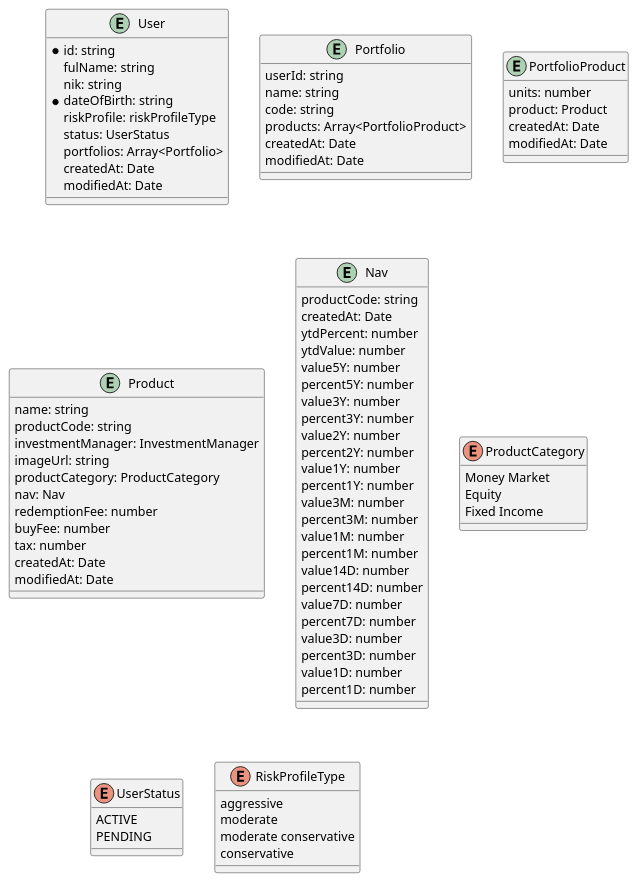
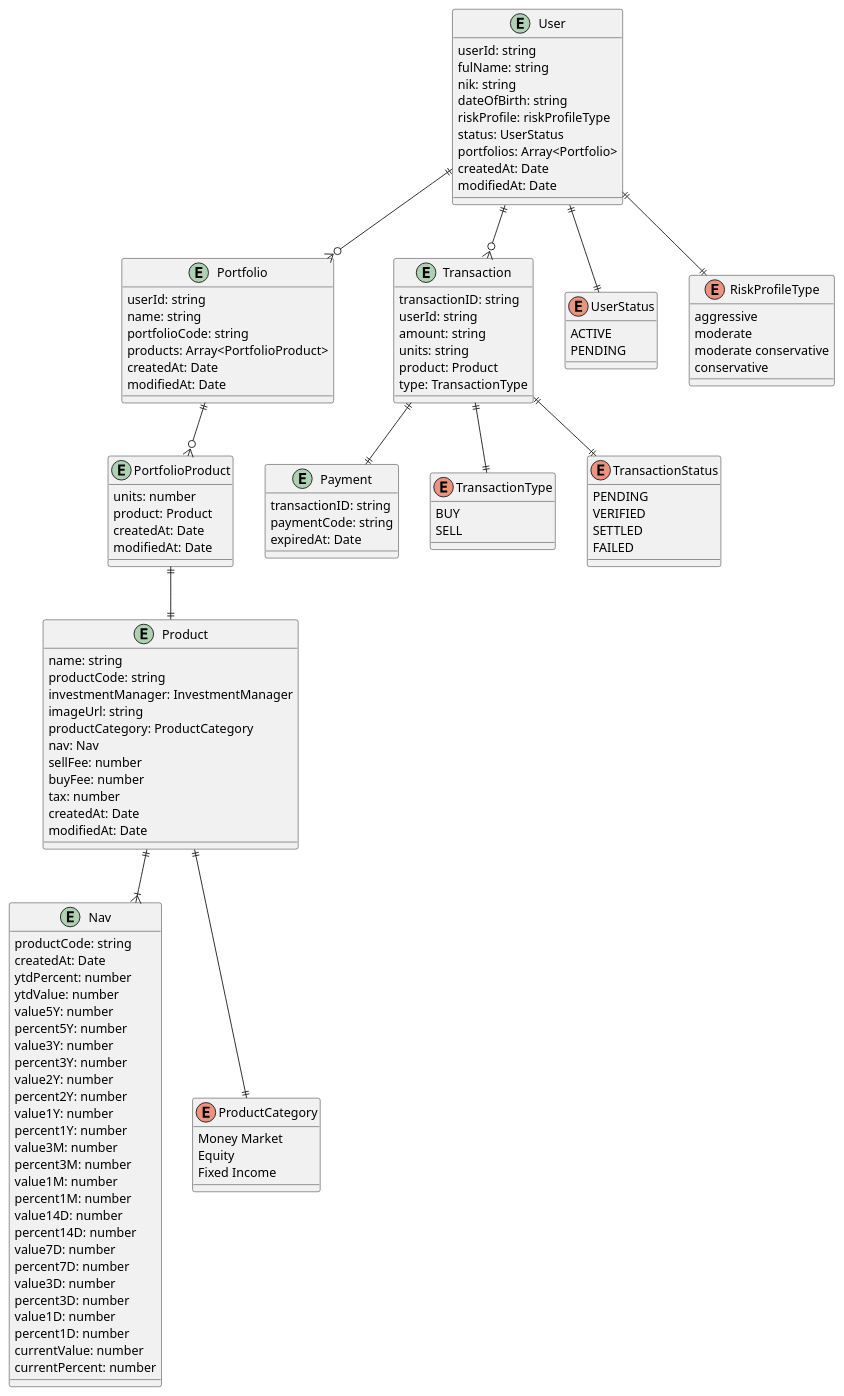
One commit to ilhamtubagus/mug-jakarta-mutual-funds changed the diagram in database-design.puml. Above: the diagram before and after it, drawn with PlantUML.

Commit message:
add entity user, product, portfolio, and transaction

```diff
--- a/database-design.puml
+++ b/database-design.puml
@@ -1,89 +1,130 @@
 @startuml
 
 entity User {
-    *id: string
+    userId: string
     fulName: string
     nik: string
-    *dateOfBirth: string
+    dateOfBirth: string
     riskProfile: riskProfileType
     status: UserStatus
     portfolios: Array<Portfolio>
     createdAt: Date
     modifiedAt: Date
 }
 
 entity Portfolio {
     userId: string
     name: string
-    code: string
+    portfolioCode: string
     products: Array<PortfolioProduct>
     createdAt: Date
     modifiedAt: Date
 }
 
 entity PortfolioProduct {
     units: number
     product: Product
     createdAt: Date
     modifiedAt: Date
 }
 
 entity Product {
     name: string
     productCode: string
     investmentManager: InvestmentManager
     imageUrl: string
     productCategory: ProductCategory
     nav: Nav
-    redemptionFee: number
+    sellFee: number
     buyFee: number
     tax: number
     createdAt: Date
     modifiedAt: Date
 }
 
 entity Nav {
     productCode: string
     createdAt: Date
     ytdPercent: number
     ytdValue: number
     value5Y: number
     percent5Y: number
     value3Y: number
     percent3Y: number
     value2Y: number
     percent2Y: number
     value1Y: number
     percent1Y: number
     value3M: number
     percent3M: number
     value1M: number
     percent1M: number
     value14D: number
     percent14D: number
     value7D: number
     percent7D: number
     value3D: number
     percent3D: number
     value1D: number
     percent1D: number
+    currentValue: number
+    currentPercent: number
 }
 
 enum ProductCategory {
     Money Market
     Equity
     Fixed Income
+}
+
+entity Transaction {
+    transactionID: string
+    userId: string
+    amount: string
+    units: string
+    product: Product
+    type: TransactionType
+}
+
+entity Payment {
+    transactionID: string
+    paymentCode: string
+    expiredAt: Date
+}
+
+enum TransactionType {
+    BUY
+    SELL
+}
+
+enum TransactionStatus {
+    PENDING
+    VERIFIED
+    SETTLED
+    FAILED
 }
 
 enum UserStatus{
     ACTIVE
     PENDING
 }
 
 enum RiskProfileType{
     aggressive
     moderate
     moderate conservative
     conservative
 }
+
+Product ||--|| ProductCategory
+Product ||--|{ Nav
+PortfolioProduct ||--|| Product
+Portfolio ||--o{ PortfolioProduct
+User ||--o{ Portfolio
+User ||--o{ Transaction
+User ||--|| UserStatus
+Transaction ||--|| TransactionStatus
+Transaction ||--|| TransactionType
+User ||--|| RiskProfileType
+Transaction ||--|| Payment
 @enduml
```
